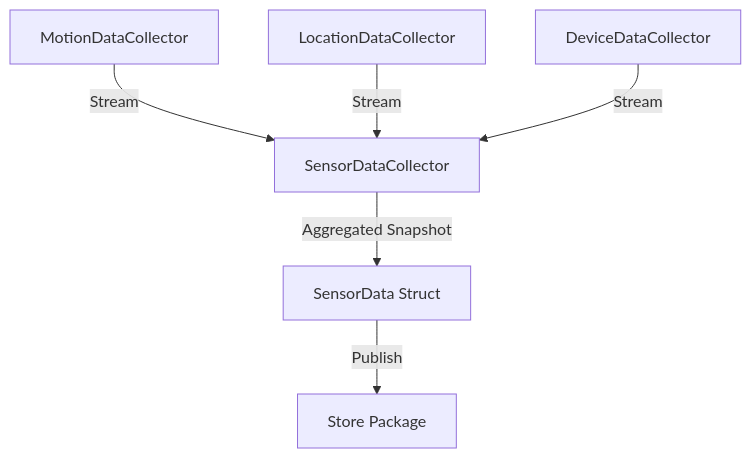
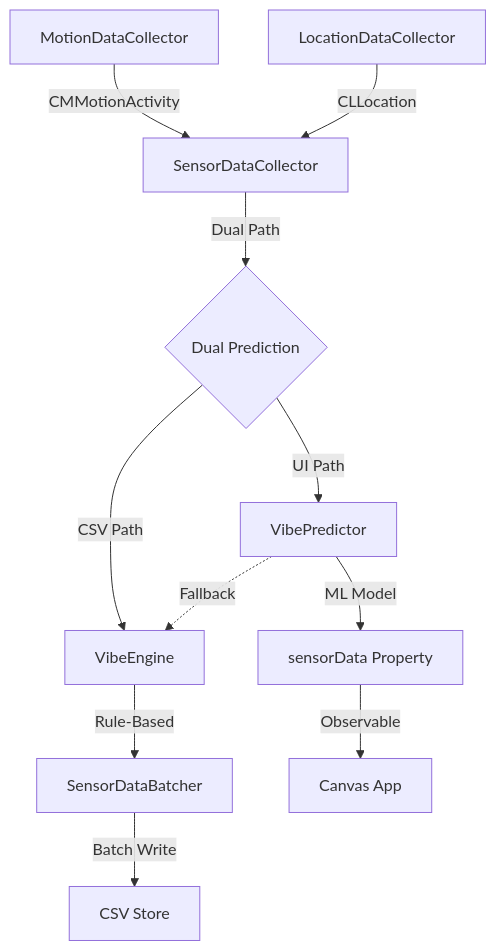
Before and after one commit to InfiniteEvolution/DataCollector: the first of 2 diagrams in WHITEPAPER.md, drawn with Mermaid. The commit also changed other lines of this file and 24 other files, not shown here.

````diff
--- a/WHITEPAPER.md
+++ b/WHITEPAPER.md
@@ -21,9 +43,17 @@
 ```mermaid
 graph TD
-    M[MotionDataCollector] -->|Stream| SDC[SensorDataCollector]
-    L[LocationDataCollector] -->|Stream| SDC
-    D[DeviceDataCollector] -->|Stream| SDC
+    M[MotionDataCollector] -->|CMMotionActivity| SDC[SensorDataCollector]
+    L[LocationDataCollector] -->|CLLocation| SDC
     
-    SDC -->|Aggregated Snapshot| SensorData[SensorData Struct]
-    SensorData -->|Publish| Store[Store Package]
+    SDC -->|Dual Path| DP{Dual Prediction}
+    
+    DP -->|CSV Path| VE[VibeEngine]
+    VE -->|Rule-Based| CSV[SensorDataBatcher]
+    CSV -->|Batch Write| STORE[CSV Store]
+    
+    DP -->|UI Path| VP[VibePredictor]
+    VP -->|ML Model| UI[sensorData Property]
+    VP -.->|Fallback| VE
+    
+    UI -->|Observable| APP[Canvas App]
 ```
````
